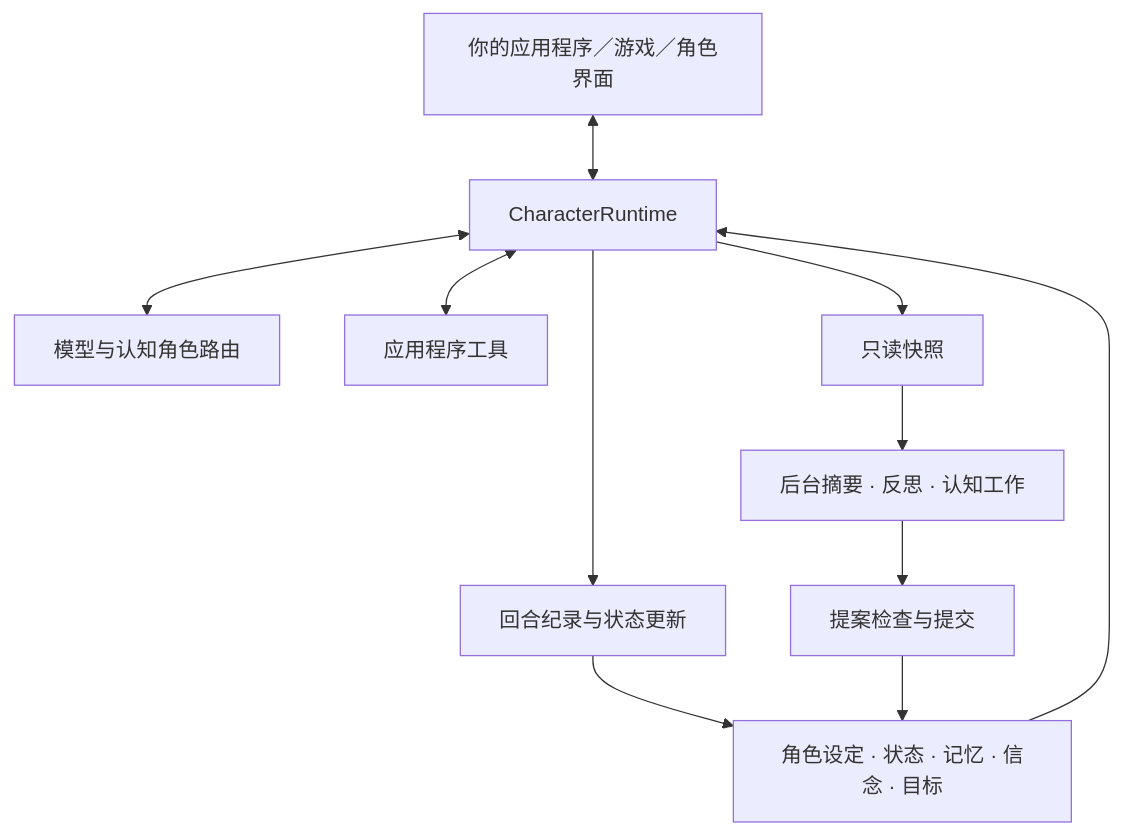
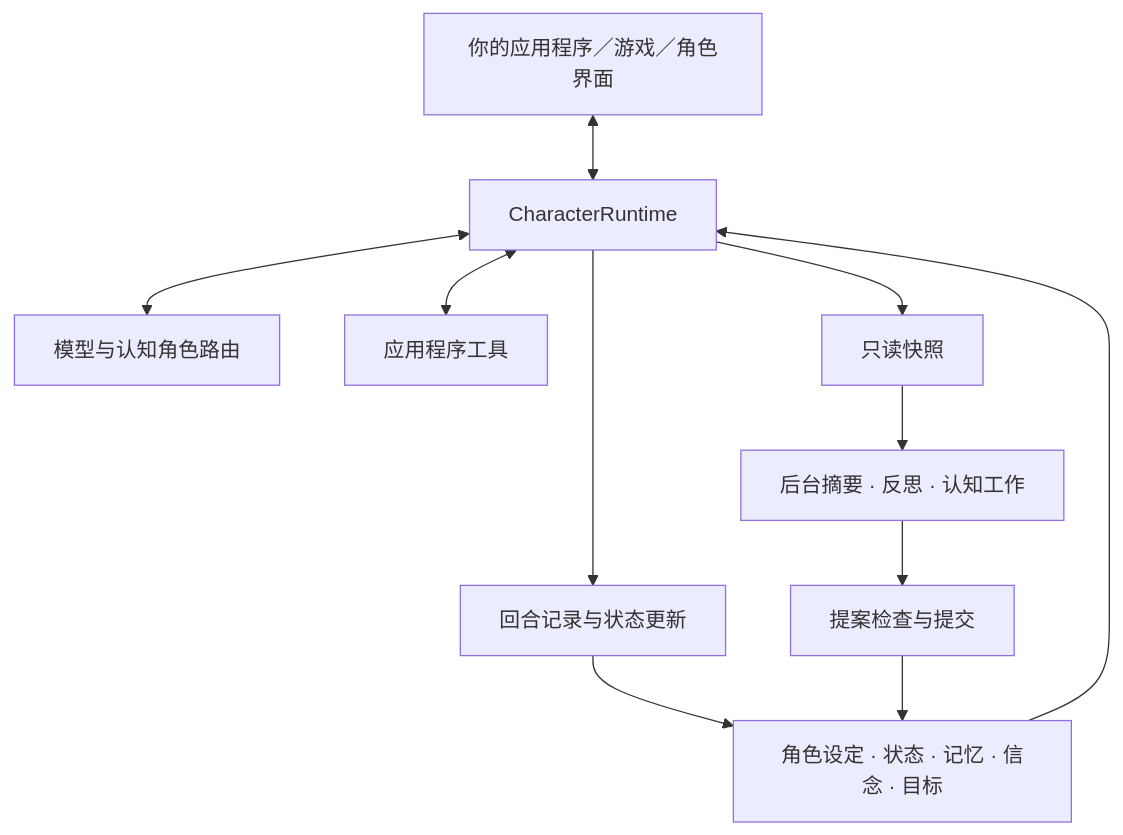
Before and after one commit to weryk153/ai-character-engine: the diagram in README.zh-CN.md, drawn with Mermaid. The commit also changed other lines of this file and 10 other files, not shown here.

````diff
--- a/README.zh-CN.md
+++ b/README.zh-CN.md
@@ -78,13 +78,13 @@
 ```mermaid
 flowchart TD
     App["你的应用程序／游戏／角色界面"] <--> Runtime["CharacterRuntime"]
     Context["角色设定 · 状态 · 记忆 · 信念 · 目标"] --> Runtime
     Runtime <--> Models["模型与认知角色路由"]
     Runtime <--> Tools["应用程序工具"]
-    Runtime --> Record["回合纪录与状态更新"]
+    Runtime --> Record["回合记录与状态更新"]
     Record --> Context
     Runtime --> Snapshot["只读快照"]
     Snapshot --> Workers["后台摘要 · 反思 · 认知工作"]
     Workers --> Commit["提案检查与提交"]
     Commit --> Context
 ```
````
